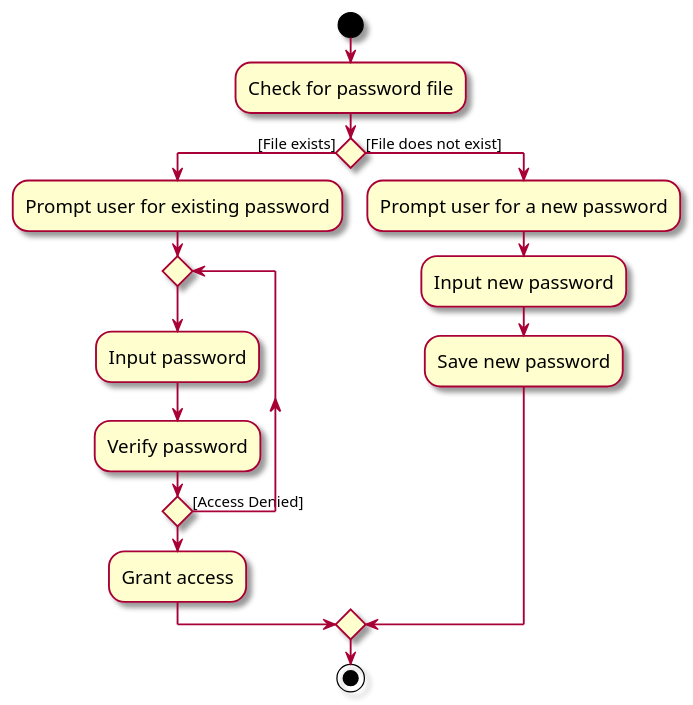
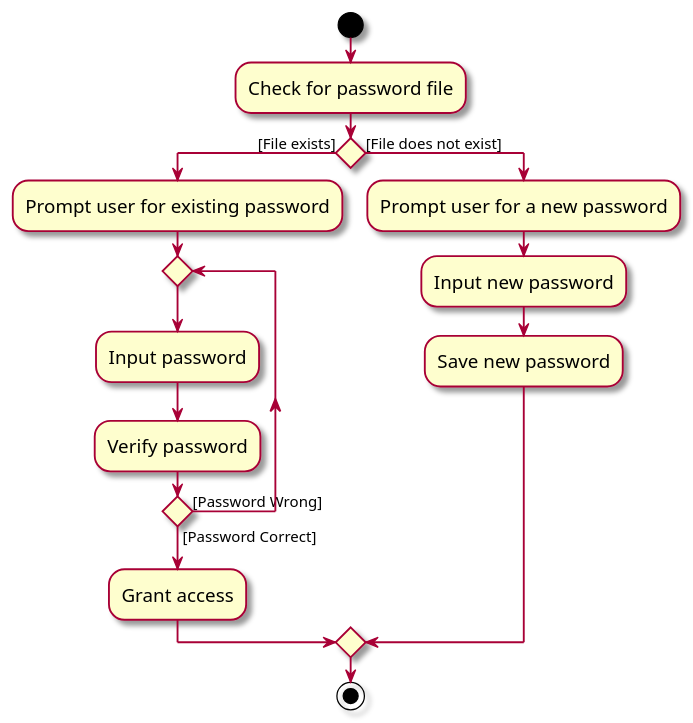
Before and after one commit to anselmlong/tp: the diagram in diagrams/PasswordManagementActivityDiagram.puml, drawn with PlantUML. The commit also changed 73 other files, not shown here.

```diff
--- a/diagrams/PasswordManagementActivityDiagram.puml
+++ b/diagrams/PasswordManagementActivityDiagram.puml
@@ -1,23 +1,23 @@
 @startuml
 |User|
 skin rose
 skinparam ActivityFontSize 15
 skinparam ArrowFontSize 12
 start
 :Check for password file;
 
 if () then ([File exists])
     :Prompt user for existing password;
     repeat
         :Input password;
         :Verify password;
-    repeat while () is ([Access Denied])
+    repeat while () is ([Password Wrong]) not ([Password Correct])
     :Grant access;
 else ([File does not exist])
     :Prompt user for a new password;
     :Input new password;
     :Save new password;
 endif
 
 stop
 @enduml
```
